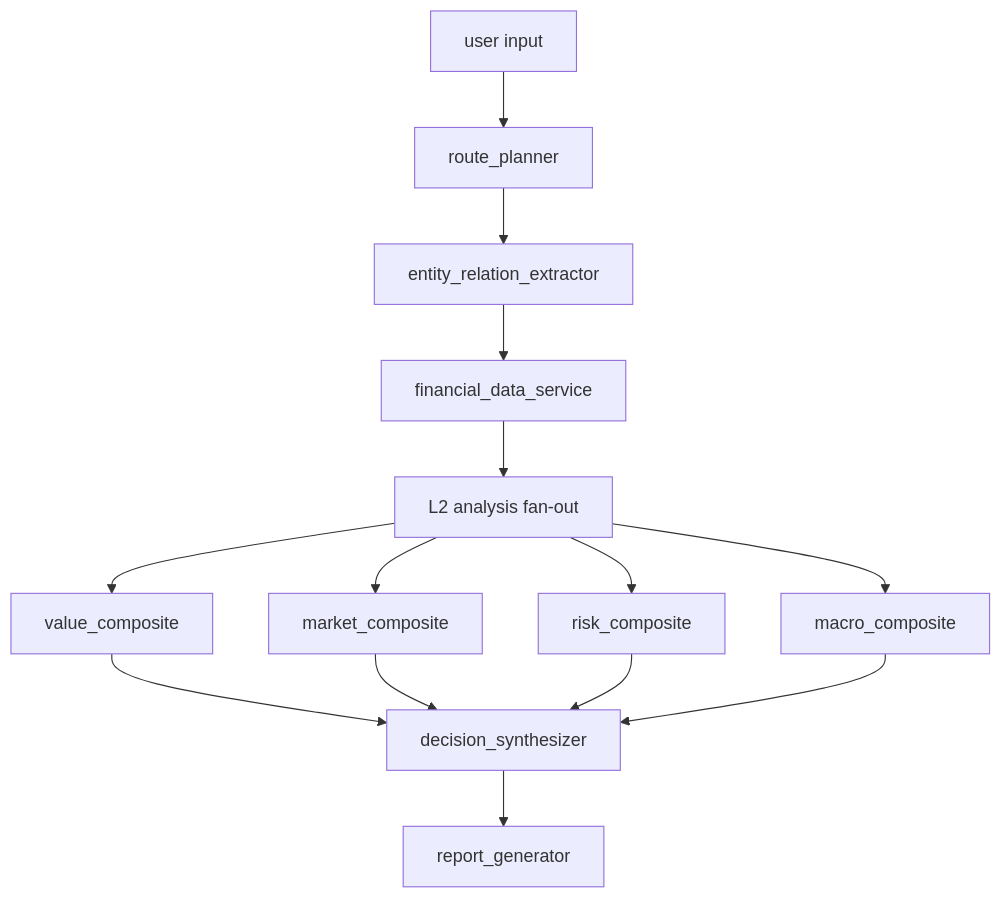
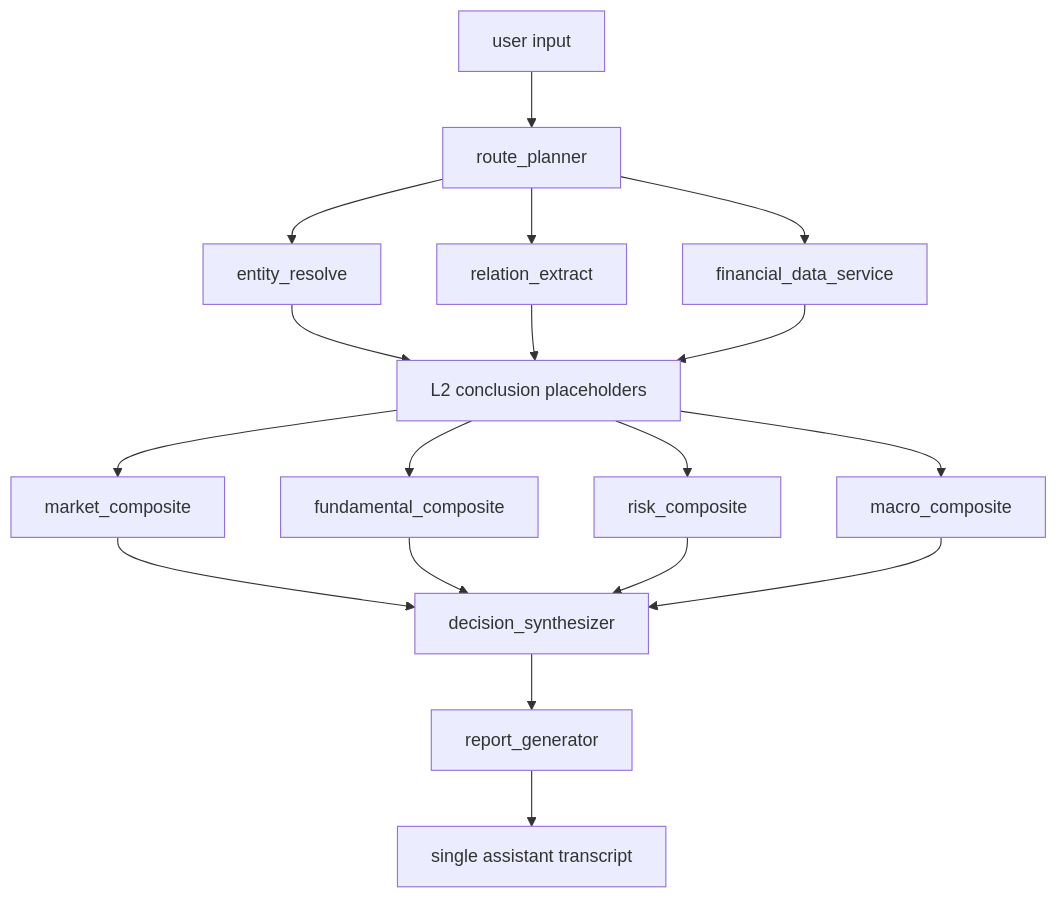
One commit to leephenix565/langgraph-my-agent changed the diagram in docs/ARCHITECTURE_FIXED_DAG.md. Above: the diagram before and after it, drawn with Mermaid. The commit also changed other lines of this file and 51 other files, not shown here.

````diff
--- a/docs/ARCHITECTURE_FIXED_DAG.md
+++ b/docs/ARCHITECTURE_FIXED_DAG.md
@@ -40,16 +8,20 @@
 ```mermaid
 flowchart TD
     A["user input"] --> B["route_planner"]
-    B --> C["entity_relation_extractor"]
-    C --> D["financial_data_service"]
-    D --> E["L2 analysis fan-out"]
-    E --> F["value_composite"]
-    E --> G["market_composite"]
-    E --> H["risk_composite"]
-    E --> I["macro_composite"]
-    F --> J["decision_synthesizer"]
-    G --> J
-    H --> J
-    I --> J
-    J --> K["report_generator"]
+    B --> C["entity_resolve"]
+    B --> D["relation_extract"]
+    B --> E["financial_data_service"]
+    C --> F["L2 conclusion placeholders"]
+    D --> F
+    E --> F
+    F --> G["market_composite"]
+    F --> H["fundamental_composite"]
+    F --> I["risk_composite"]
+    F --> J["macro_composite"]
+    G --> K["decision_synthesizer"]
+    H --> K
+    I --> K
+    J --> K
+    K --> L["report_generator"]
+    L --> M["single assistant transcript"]
 ```
````
